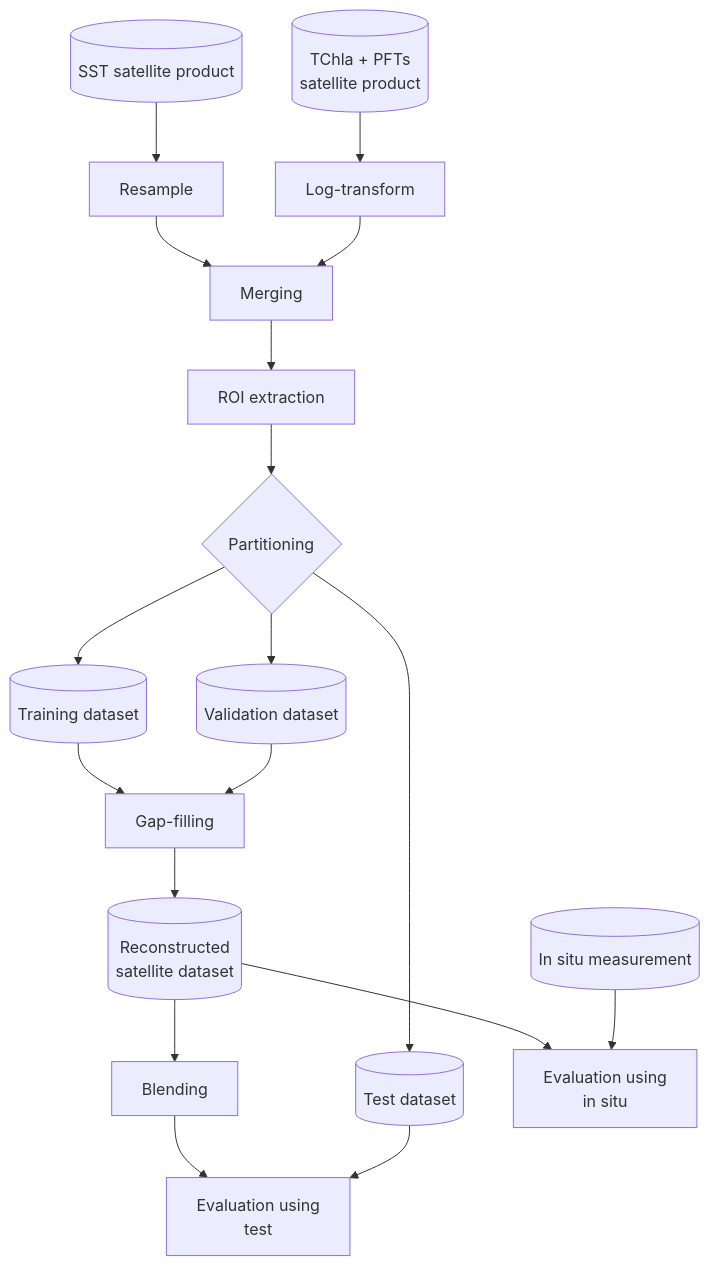
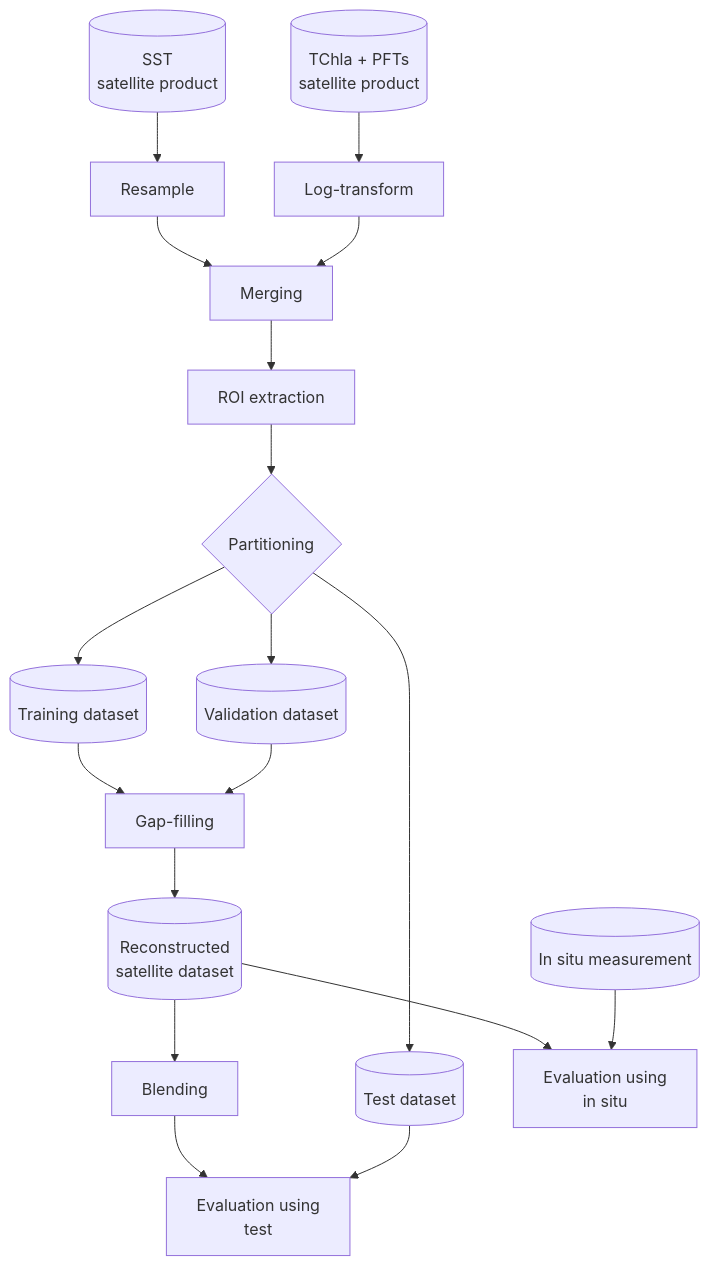
Before and after one commit to EhsanMehdipour/PFT_gapfilling: the diagram in README.md, drawn with Mermaid.

````diff
--- a/README.md
+++ b/README.md
@@ -42,34 +42,35 @@
 ```mermaid
 flowchart TD
-    A1@{shape: cyl, label: "SST satellite product" }
+    A1@{shape: cyl, label: "SST
+    satellite product" }
     %% A1[SST]
     A2@{shape: cyl, label: "TChla + PFTs 
     satellite product" }
     %% A2[TChla+5PFT]
     A3@{shape: cyl, label: "In situ measurement" }
     %% A3[In situ]
 
     A1-->D[Resample]
     A2-->E[Log-transform]
     D-->F[Merging]
     E-->F
     F-->G[ROI extraction]
     G-->H{Partitioning}
 
     H-->I1@{shape: cyl, label: "Training dataset"}
     H-->I2@{shape: cyl, label: "Validation dataset"}
     H-->I3@{shape: cyl, label: "Test dataset"}
 
     I1-->J[Gap-filling]
     I2-->J
 
     J-->K@{shape: cyl, label: "Reconstructed 
     satellite dataset"}
     K-->L[Blending]
     L-->N[Evaluation using 
     test]
     K-->M
     A3-->M[Evaluation using 
     in situ]
     I3-->N
 ```
````
